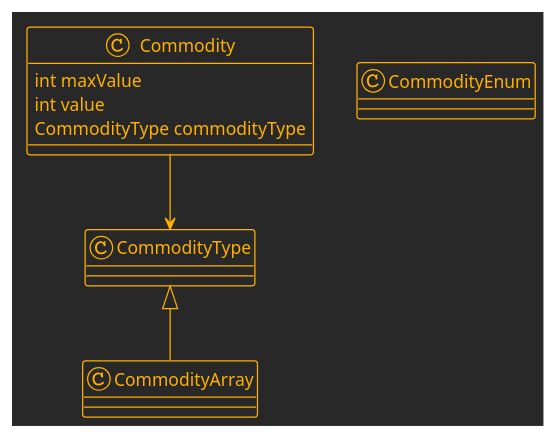
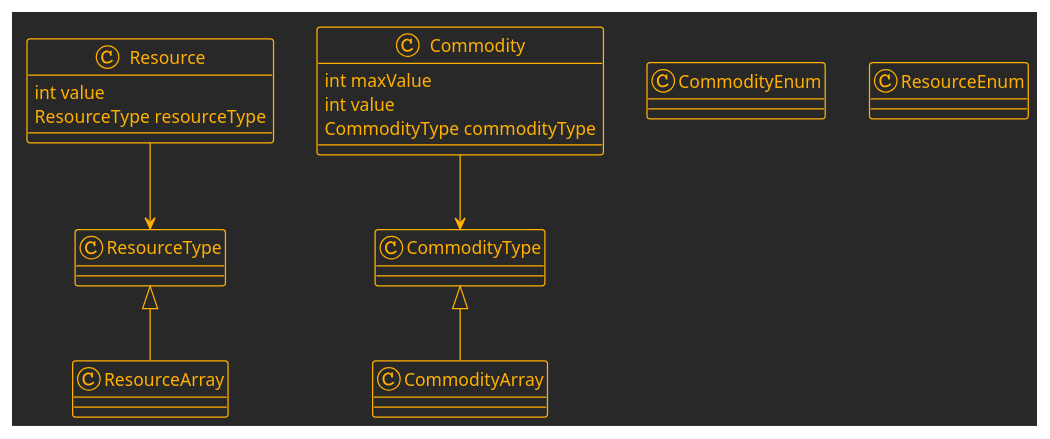
One commit to marknelsonengineer/empire changed the sixth of 10 diagrams in DESIGN_CONCEPTS.md. Above: the diagram before and after it, drawn with PlantUML. The commit also changed other lines of this file and 4 other files, not shown here.

```diff
--- a/DESIGN_CONCEPTS.md
+++ b/DESIGN_CONCEPTS.md
@@ -209,18 +204,29 @@
 @startuml
 !theme crt-amber
 
 class CommodityEnum
 class CommodityType
 class CommodityArray
 
 class Commodity {
-int maxValue
-int value
-CommodityType commodityType
+   int maxValue
+   int value
+   CommodityType commodityType
 }
 
-' Relationships
-CommodityArray          -up-|> CommodityType
-Commodity     --> CommodityType
+CommodityArray   -up-|> CommodityType
+Commodity        -->    CommodityType
+
+class Resource {
+   int value
+   ResourceType resourceType
+}
+
+class ResourceEnum
+class ResourceType
+class ResourceArray
+
+ResourceArray   -up-|> ResourceType
+Resource        -->    ResourceType
 
 @enduml
```
